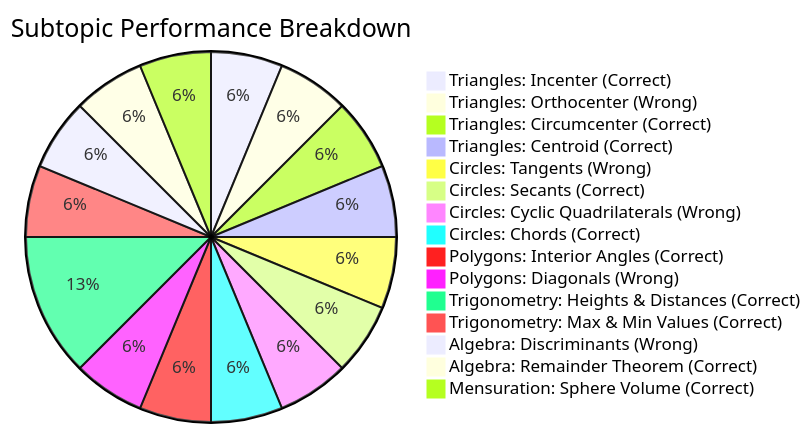
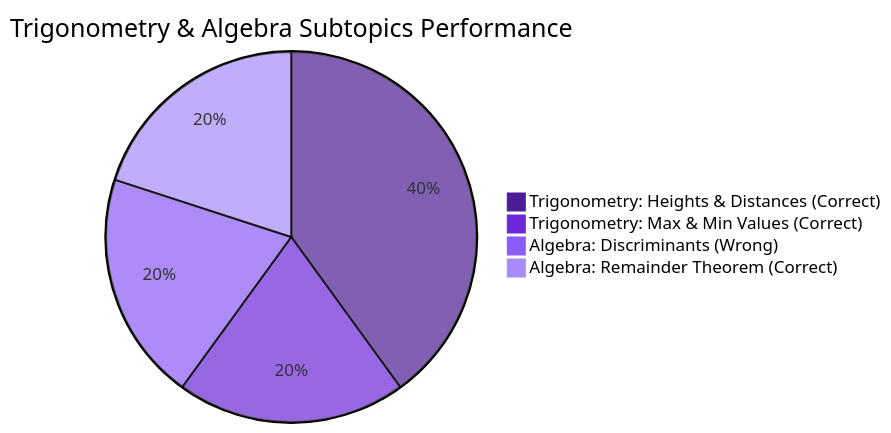
Before and after one commit to skc-coder/SAGE: the fifth of 5 diagrams in content/cds/elementary-mathematics/elementary_mathematics_overview.md, drawn with Mermaid. The commit also changed other lines of this file and 1 other file, not shown here.

First line of the commit message:
feat(skill): apply explicit themeVariables color palettes for topic-specific subtopic pie chart shading

````diff
--- a/content/cds/elementary-mathematics/elementary_mathematics_overview.md
+++ b/content/cds/elementary-mathematics/elementary_mathematics_overview.md
@@ -31,18 +52,8 @@
 ```mermaid
-pie title Subtopic Performance Breakdown
-    "Triangles: Incenter (Correct)" : 1
-    "Triangles: Orthocenter (Wrong)" : 1
-    "Triangles: Circumcenter (Correct)" : 1
-    "Triangles: Centroid (Correct)" : 1
-    "Circles: Tangents (Wrong)" : 1
-    "Circles: Secants (Correct)" : 1
-    "Circles: Cyclic Quadrilaterals (Wrong)" : 1
-    "Circles: Chords (Correct)" : 1
-    "Polygons: Interior Angles (Correct)" : 1
-    "Polygons: Diagonals (Wrong)" : 1
+%%{init: {'themeVariables': { 'pie1': '#4c1d95', 'pie2': '#6d28d9', 'pie3': '#8b5cf6', 'pie4': '#a78bfa'}}}%%
+pie title Trigonometry & Algebra Subtopics Performance
     "Trigonometry: Heights & Distances (Correct)" : 2
     "Trigonometry: Max & Min Values (Correct)" : 1
     "Algebra: Discriminants (Wrong)" : 1
     "Algebra: Remainder Theorem (Correct)" : 1
-    "Mensuration: Sphere Volume (Correct)" : 1
 ```
````
